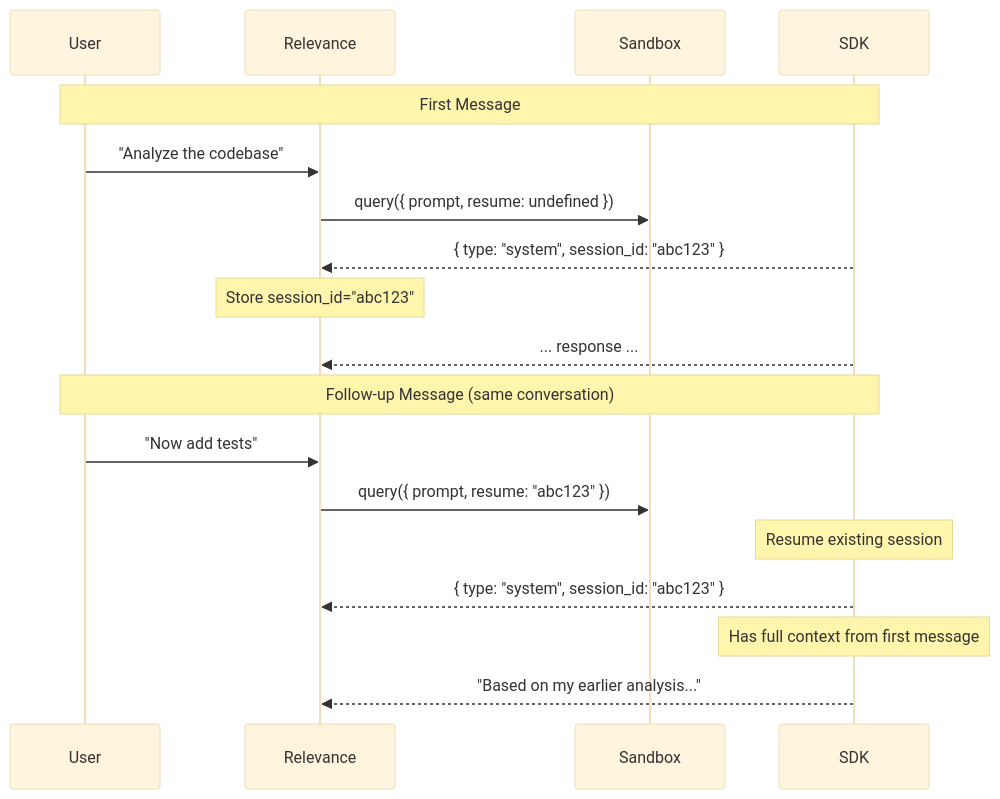
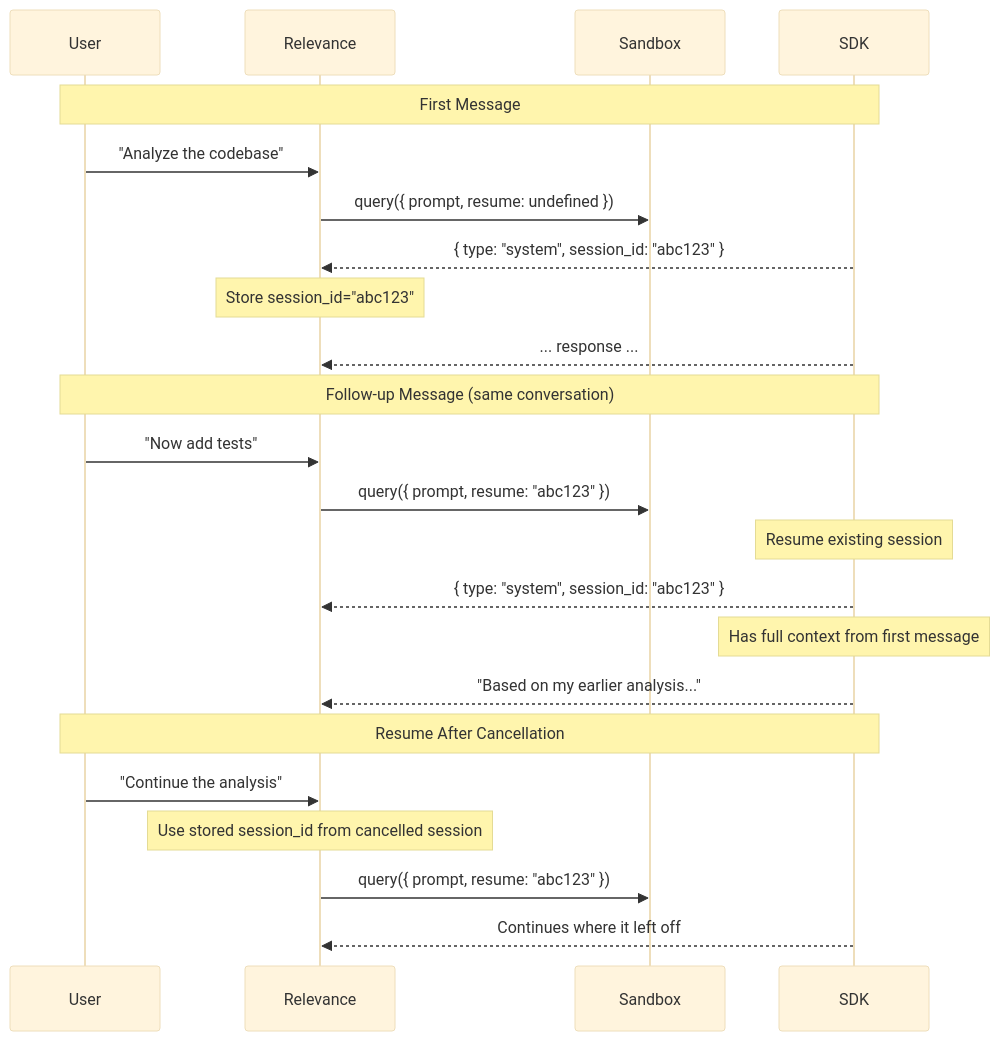
One commit to RelevanceAI/harvest changed the third of 8 diagrams in packages/daytona-executor/ARCHITECTURE.md. Above: the diagram before and after it, drawn with Mermaid (base theme). The commit also changed other lines of this file, not shown here.

````diff
--- a/packages/daytona-executor/ARCHITECTURE.md
+++ b/packages/daytona-executor/ARCHITECTURE.md
@@ -153,22 +159,28 @@
 ```mermaid
 sequenceDiagram
     participant User
     participant Relevance
     participant Sandbox
     participant SDK
 
     Note over User,SDK: First Message
     User->>Relevance: "Analyze the codebase"
     Relevance->>Sandbox: query({ prompt, resume: undefined })
     SDK-->>Relevance: { type: "system", session_id: "abc123" }
     Note over Relevance: Store session_id="abc123"
     SDK-->>Relevance: ... response ...
 
     Note over User,SDK: Follow-up Message (same conversation)
     User->>Relevance: "Now add tests"
     Relevance->>Sandbox: query({ prompt, resume: "abc123" })
     Note over SDK: Resume existing session
     SDK-->>Relevance: { type: "system", session_id: "abc123" }
     Note over SDK: Has full context from first message
     SDK-->>Relevance: "Based on my earlier analysis..."
+
+    Note over User,SDK: Resume After Cancellation
+    User->>Relevance: "Continue the analysis"
+    Note over Relevance: Use stored session_id from cancelled session
+    Relevance->>Sandbox: query({ prompt, resume: "abc123" })
+    SDK-->>Relevance: Continues where it left off
 ```
````
